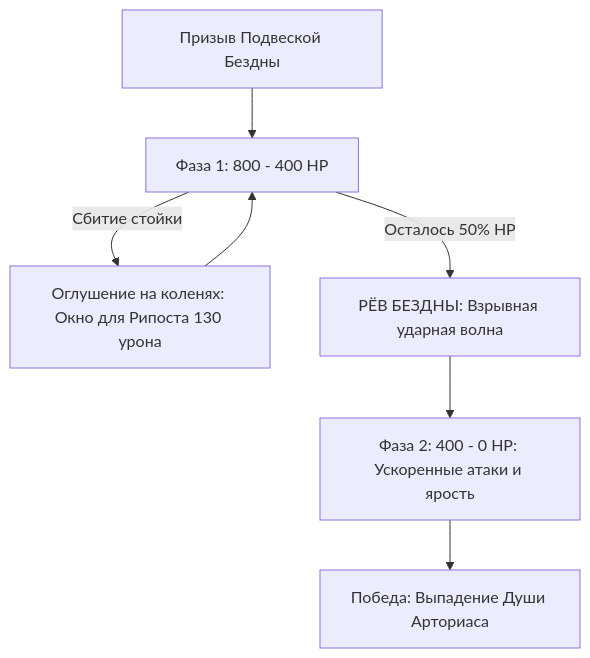
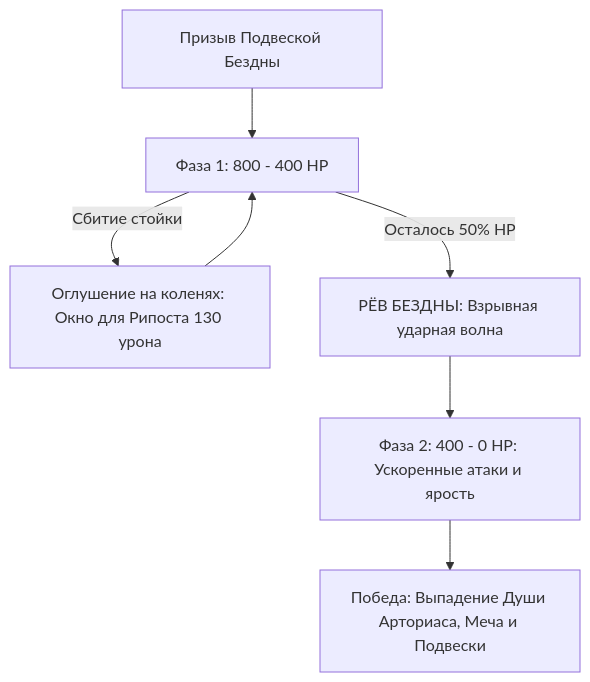
Before and after one commit to smeshar/minecraft-dark-souls: the diagram in README.md, drawn with Mermaid. The commit also changed other lines of this file and 13 other files, not shown here.

````diff
--- a/README.md
+++ b/README.md
@@ -93,9 +93,9 @@
 ```mermaid
 graph TD
     A[Призыв Подвеской Бездны] --> B[Фаза 1: 800 - 400 HP]
     B -->|Сбитие стойки| C[Оглушение на коленях: Окно для Рипоста 130 урона]
     C --> B
     B -->|Осталось 50% HP| D[РЁВ БЕЗДНЫ: Взрывная ударная волна]
     D --> E[Фаза 2: 400 - 0 HP: Ускоренные атаки и ярость]
-    E --> F[Победа: Выпадение Души Арториаса]
+    E --> F[Победа: Выпадение Души Арториаса, Меча и Подвески]
 ```
````
